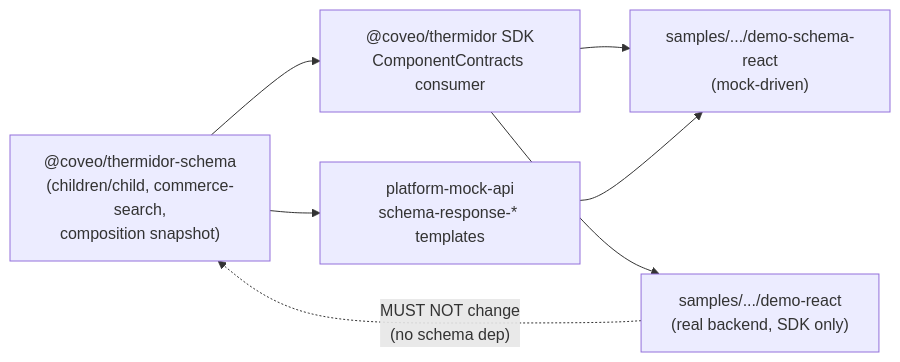
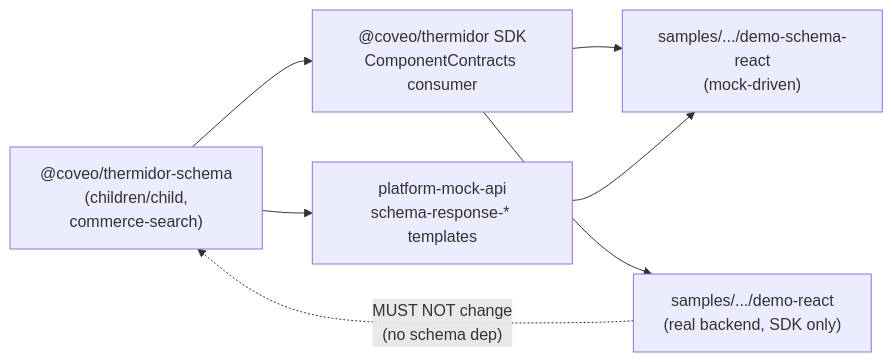
One commit to coveo/ui-kit changed the second of 2 diagrams in .kiro/specs/thermidor-schema-adjacency-list/design.md. Above: the diagram before and after it, drawn with Mermaid. The commit also changed other lines of this file and 32 other files, not shown here.

Commit message:
drop unused composition-snapshot contract

````diff
--- a/.kiro/specs/thermidor-schema-adjacency-list/design.md
+++ b/.kiro/specs/thermidor-schema-adjacency-list/design.md
@@ -300,14 +239,14 @@
 ```mermaid
 flowchart LR
-  schema["@coveo/thermidor-schema<br/>(children/child, commerce-search,<br/>composition snapshot)"]
+  schema["@coveo/thermidor-schema<br/>(children/child,<br/>commerce-search)"]
   sdk["@coveo/thermidor SDK<br/>ComponentContracts consumer"]
   mock["platform-mock-api<br/>schema-response-* templates"]
   demoSchema["samples/.../demo-schema-react<br/>(mock-driven)"]
   demoReal["samples/.../demo-react<br/>(real backend, SDK only)"]
   schema --> sdk
   schema --> mock
   sdk --> demoSchema
   mock --> demoSchema
   sdk --> demoReal
   demoReal -. "MUST NOT change<br/>(no schema dep)" .-> schema
 ```
````
